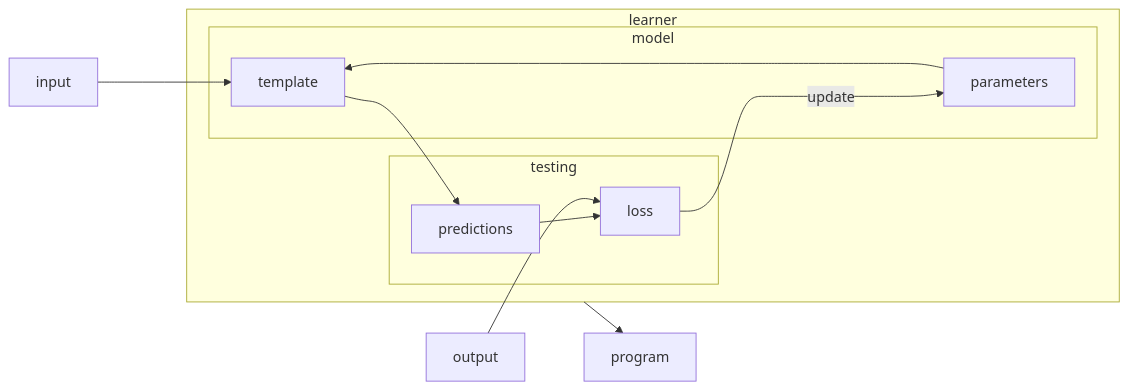
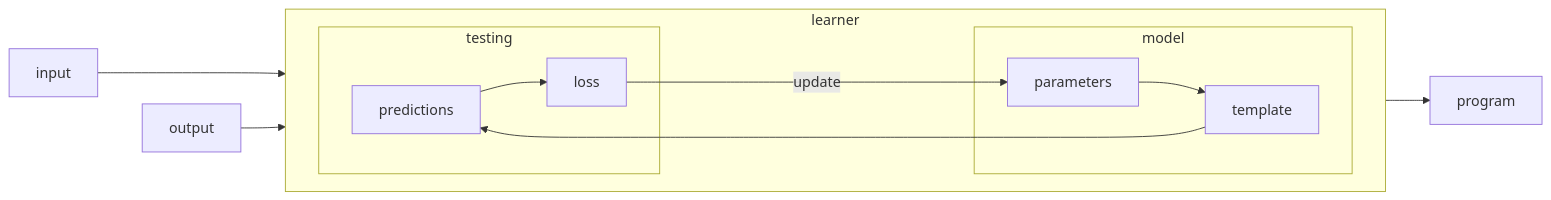
Before and after one commit to nicoladerric/nicoladerric.github.io: the third of 3 diagrams in _posts/2023-08-16-rivoluzione.md, drawn with Mermaid.

````diff
--- a/_posts/2023-08-16-rivoluzione.md
+++ b/_posts/2023-08-16-rivoluzione.md
@@ -53,16 +53,17 @@
 ```mermaid
 flowchart LR;
     input ---> template;
     subgraph learner
+        direction LR
         subgraph model
         parameters --> template;
         end
         subgraph testing
         template --> predictions;
         predictions --> loss;
         loss -----> |update|parameters;
         end
     end
     output --> loss;
     learner --> program
 ```
````
